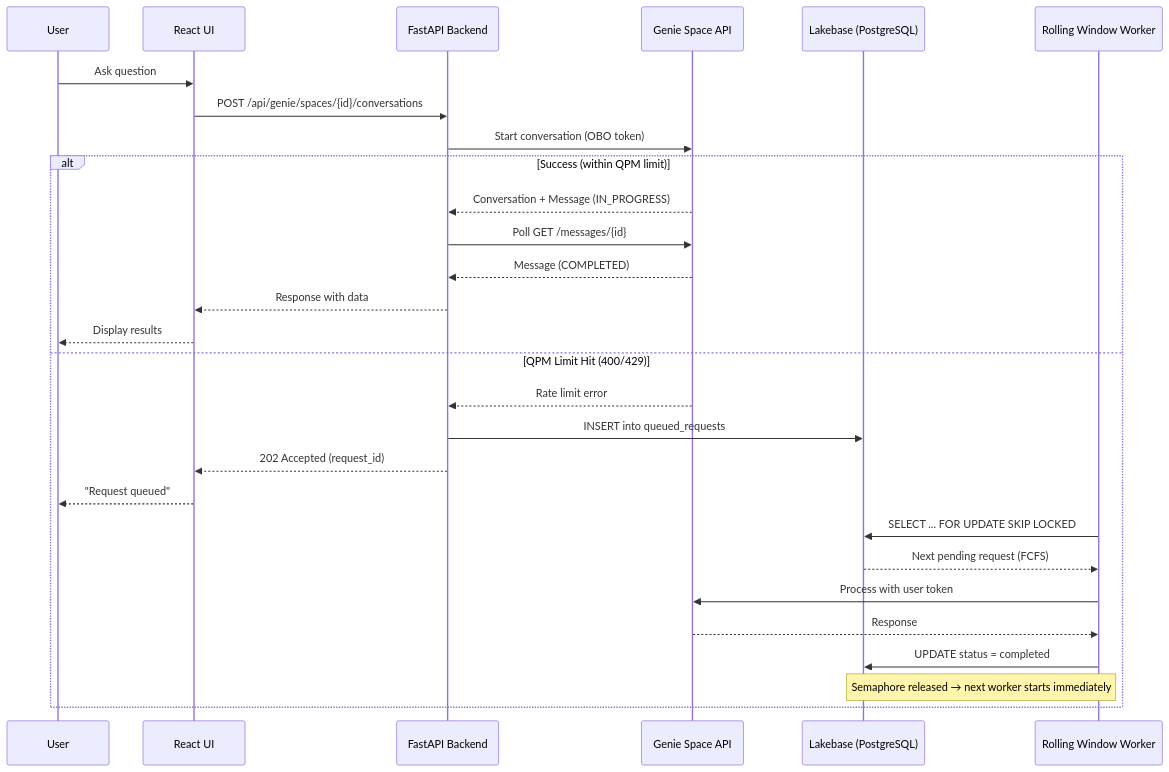
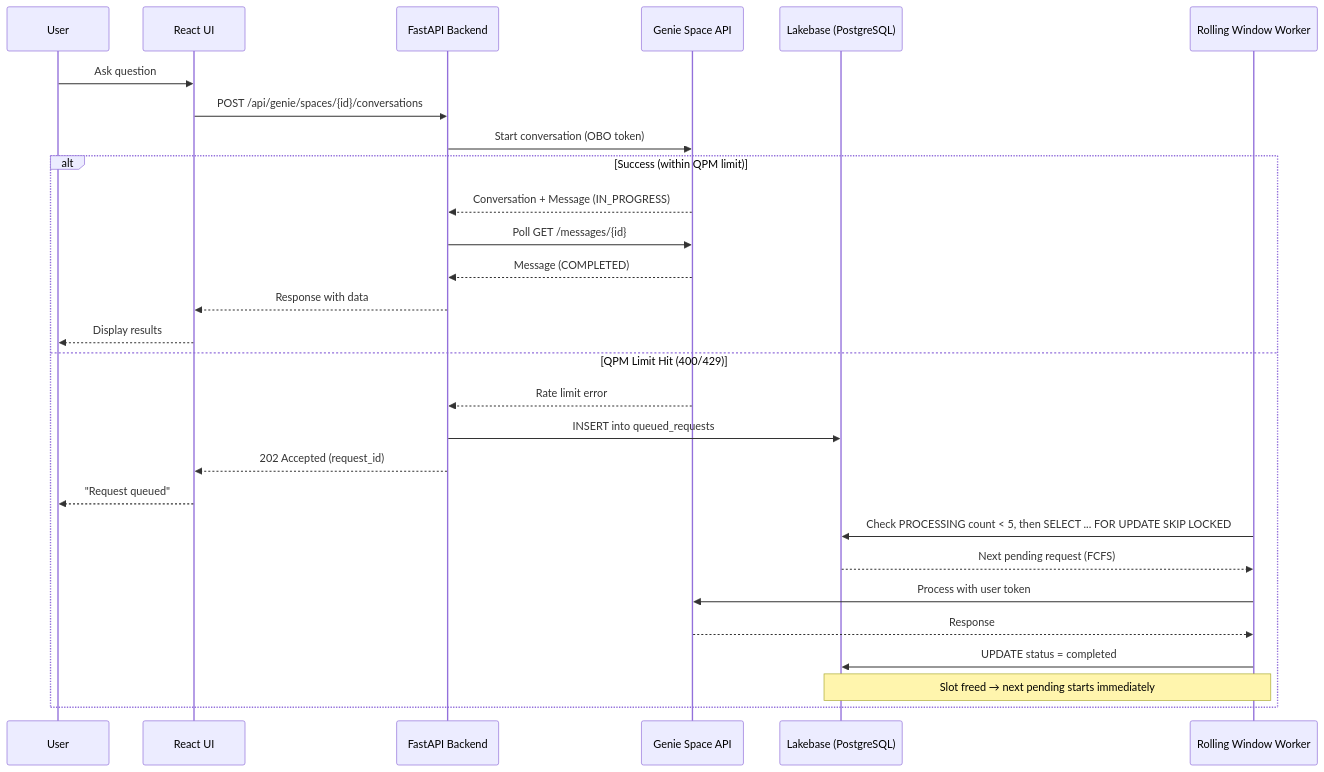
The second of 3 diagrams in README.md (Karthikeya108/genie-proxy), drawn with Mermaid before and after one commit. The commit also changed other lines of this file and 14 other files, not shown here.

````diff
--- a/README.md
+++ b/README.md
@@ -47,32 +47,32 @@
 ```mermaid
 sequenceDiagram
     participant User
     participant UI as React UI
     participant API as FastAPI Backend
     participant Genie as Genie Space API
     participant LB as Lakebase (PostgreSQL)
     participant Worker as Rolling Window Worker
 
     User->>UI: Ask question
     UI->>API: POST /api/genie/spaces/{id}/conversations
     API->>Genie: Start conversation (OBO token)
 
     alt Success (within QPM limit)
         Genie-->>API: Conversation + Message (IN_PROGRESS)
         API->>Genie: Poll GET /messages/{id}
         Genie-->>API: Message (COMPLETED)
         API-->>UI: Response with data
         UI-->>User: Display results
     else QPM Limit Hit (400/429)
         Genie-->>API: Rate limit error
         API->>LB: INSERT into queued_requests
         API-->>UI: 202 Accepted (request_id)
         UI-->>User: "Request queued"
-        Worker->>LB: SELECT ... FOR UPDATE SKIP LOCKED
+        Worker->>LB: Check PROCESSING count < 5, then SELECT ... FOR UPDATE SKIP LOCKED
         LB-->>Worker: Next pending request (FCFS)
         Worker->>Genie: Process with user token
         Genie-->>Worker: Response
         Worker->>LB: UPDATE status = completed
-        Note over Worker,LB: Semaphore released → next worker starts immediately
+        Note over Worker,LB: Slot freed → next pending starts immediately
     end
 ```
````
